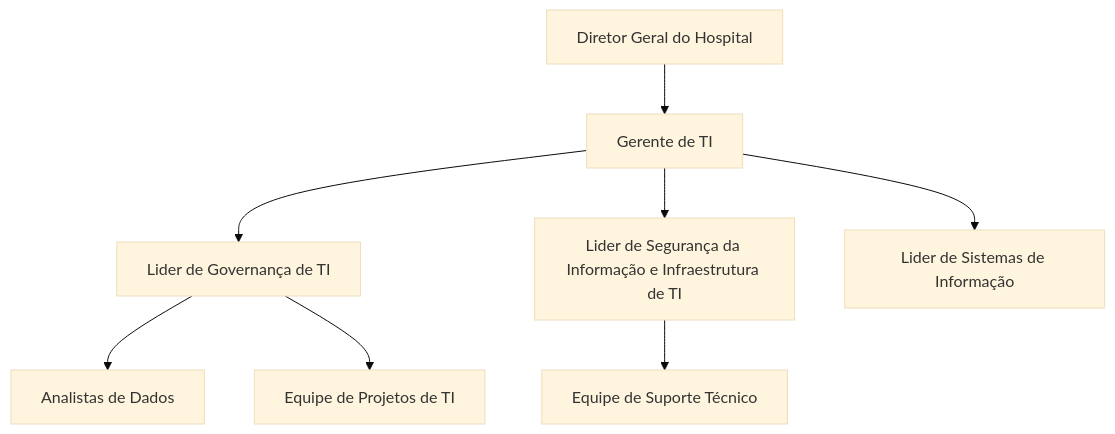
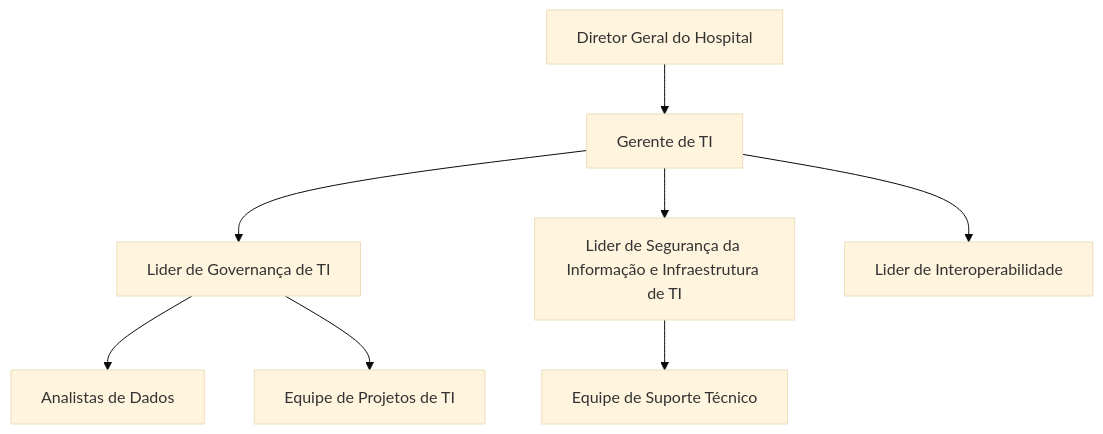
One commit to ProjetosALVF/ALVF_ProspeccaoGestao_TI changed the diagram in README.MD. Above: the diagram before and after it, drawn with Mermaid (base theme). The commit also changed other lines of this file, not shown here.

````diff
--- a/README.MD
+++ b/README.MD
@@ -7,20 +7,20 @@
 ```mermaid
 graph TD
     %% Estrutura Organizacional
     DiretorGeral[Diretor Geral do Hospital]
     CIO[Gerente de TI]
     GerenteGovernanca[Lider de Governança de TI]
     Infraestrutura[Lider de Segurança da Informação e Infraestrutura de TI]
-    Sistemas[Lider de Sistemas de Informação]
+    Sistemas[Lider de Interoperabilidade]
     Suporte[Equipe de Suporte Técnico]
     Dados[Analistas de Dados]
     Projetos[Equipe de Projetos de TI]
 
     DiretorGeral --> CIO
     CIO --> GerenteGovernanca
     CIO --> Infraestrutura
     CIO --> Sistemas
     Infraestrutura --> Suporte
     GerenteGovernanca --> Dados
     GerenteGovernanca --> Projetos
 ```
````
